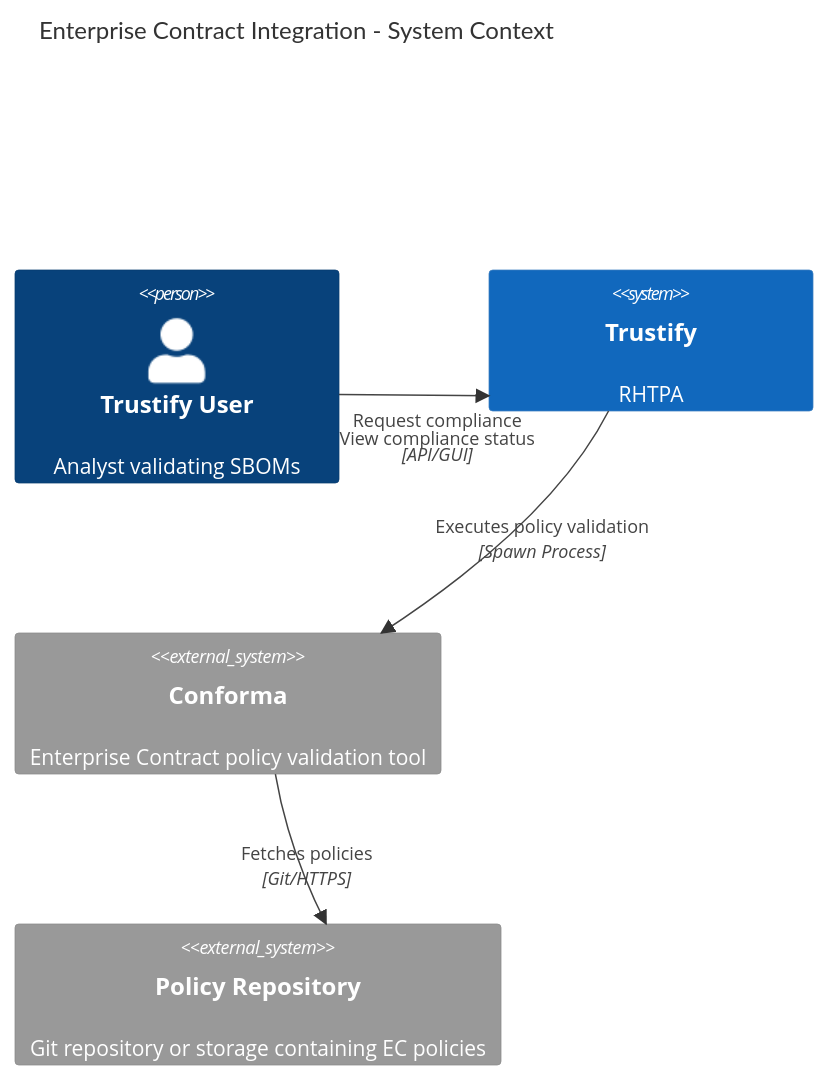
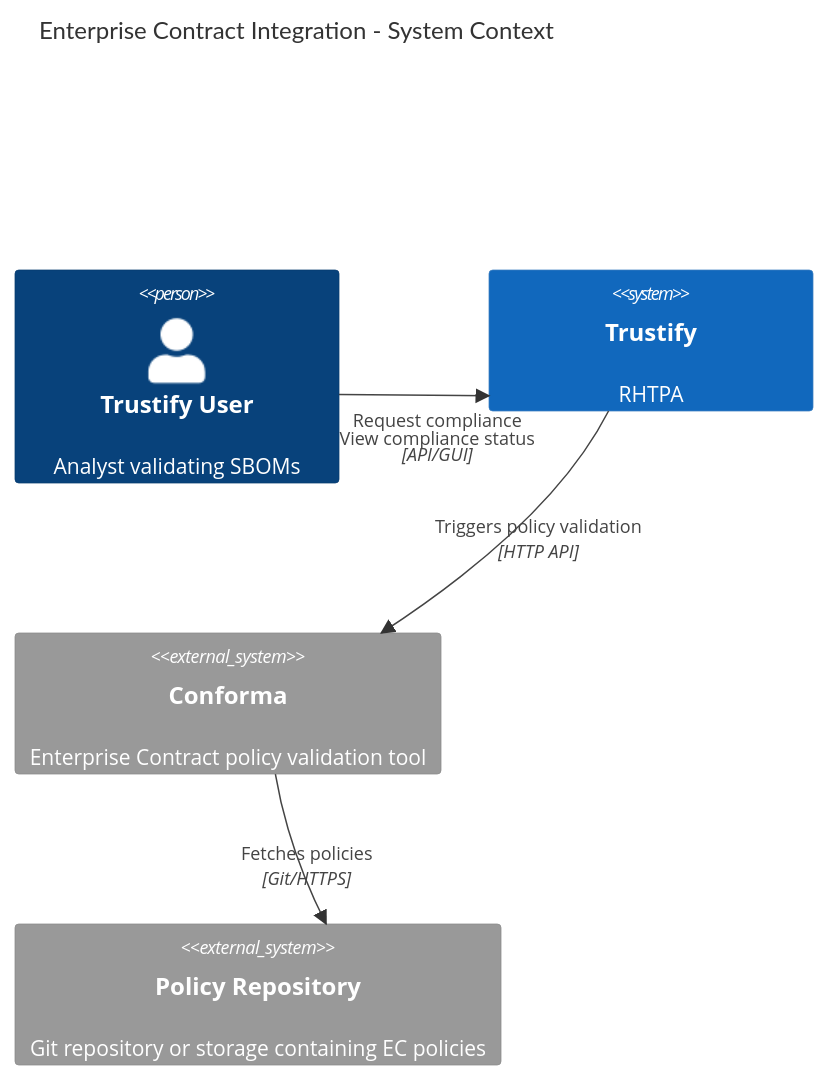
The first of 5 diagrams in docs/adrs/00014-enterprise-contract-integration.md (gildub/trustify), drawn with Mermaid before and after one commit. The commit also changed other lines of this file, not shown here.

````diff
--- a/docs/adrs/00014-enterprise-contract-integration.md
+++ b/docs/adrs/00014-enterprise-contract-integration.md
@@ -87,20 +85,20 @@
 ```mermaid
 C4Context
     title Enterprise Contract Integration - System Context
 
     Person(user, "Trustify User", "Analyst validating SBOMs")
 
     System(trustify, "Trustify", "RHTPA")
     System_Ext(conforma, "Conforma", "Enterprise Contract policy validation tool")
     System_Ext(policyRepo, "Policy Repository", "Git repository or storage containing EC policies")
 
     Rel(user, trustify, "Request compliance<br/>View compliance status", "API/GUI")
-    Rel(trustify, conforma, "Executes policy validation", "Spawn Process")
+    Rel(trustify, conforma, "Triggers policy validation", "HTTP API")
     Rel(conforma, policyRepo, "Fetches policies", "Git/HTTPS")
 
     UpdateRelStyle(user, trustify, $offsetX="-50", $offsetY="20")
     UpdateRelStyle(trustify, conforma, $offsetX="-40")
     UpdateRelStyle(conforma, policyRepo,$offsetX="-40")
 
     UpdateLayoutConfig($c4ShapeInRow="2", $c4BoundaryInRow="1")
 ```
````
